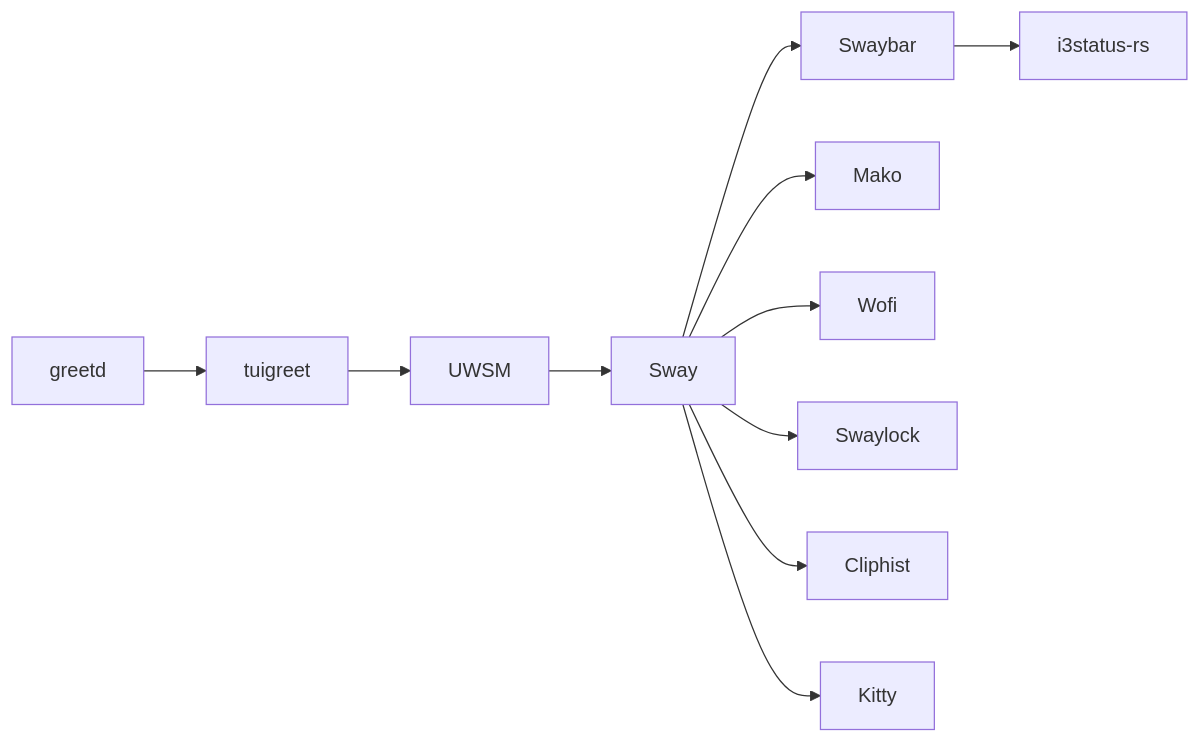
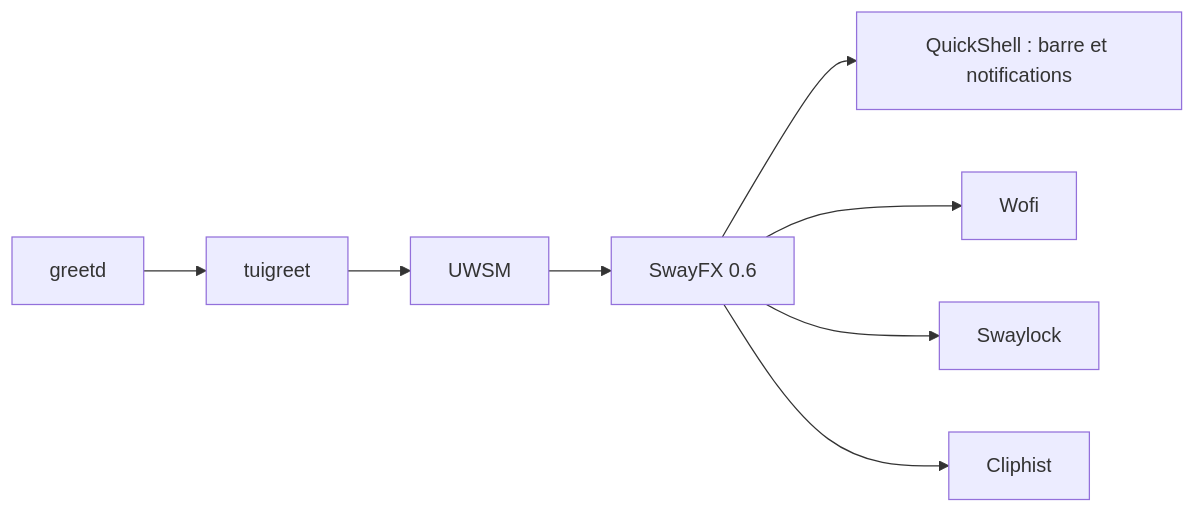
One commit to labfytools/Dotfiles_ArchAP changed the diagram in docs/desktop.md. Above: the diagram before and after it, drawn with Mermaid. The commit also changed other lines of this file and 75 other files, not shown here.

Commit message:
feat(desktop): replace swaybar with QuickShell and SwayFX

````diff
--- a/docs/desktop.md
+++ b/docs/desktop.md
@@ -5,13 +5,8 @@
 ```mermaid
 flowchart LR
-    G[greetd] --> T[tuigreet]
-    T --> U[UWSM]
-    U --> S[Sway]
-    S --> B[Swaybar]
-    B --> I[i3status-rs]
-    S --> M[Mako]
+    G[greetd] --> T[tuigreet] --> U[UWSM] --> S[SwayFX 0.6]
+    S --> Q[QuickShell : barre et notifications]
     S --> W[Wofi]
     S --> L[Swaylock]
     S --> C[Cliphist]
-    S --> K[Kitty]
 ```
````
